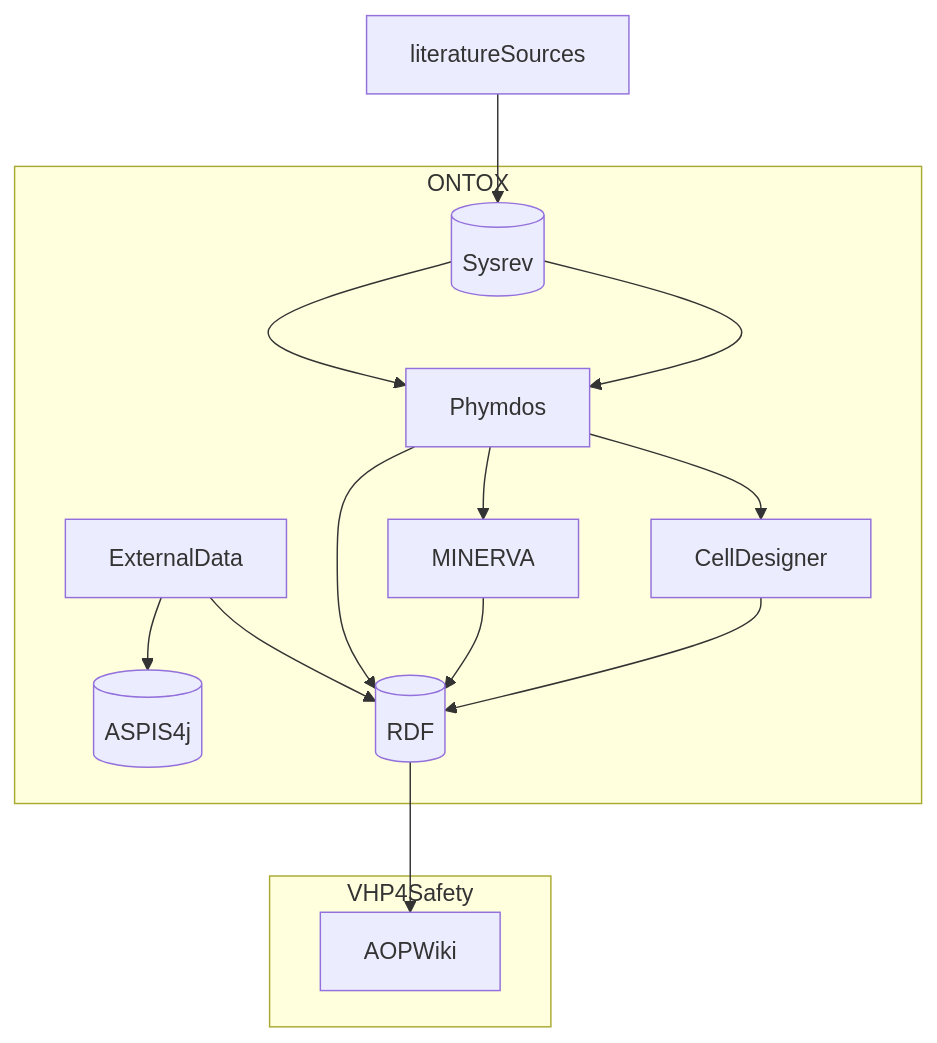
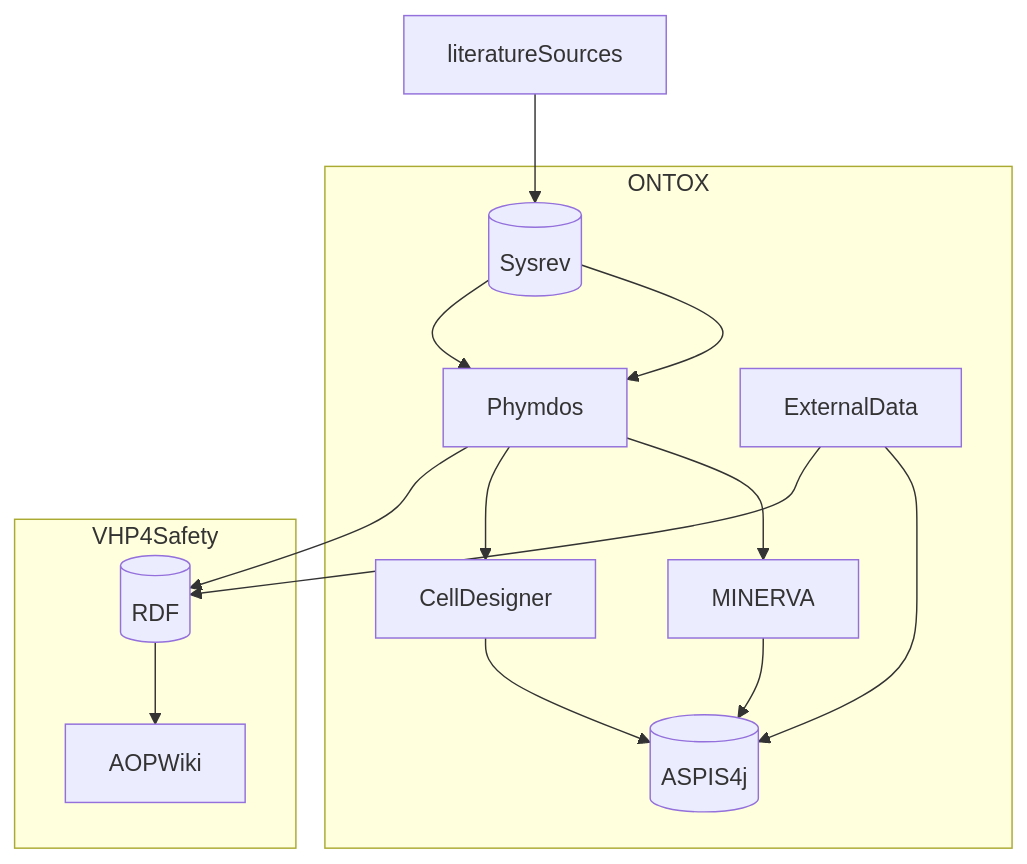
One commit to ontox-hu/workflows changed the diagram in ONTOX-vs-VHP4Safety.md. Above: the diagram before and after it, drawn with Mermaid.

````diff
--- a/ONTOX-vs-VHP4Safety.md
+++ b/ONTOX-vs-VHP4Safety.md
@@ -1,22 +1,22 @@
 ```mermaid
 flowchart TB
     literatureSources-->Sysrev[(Sysrev)]
     
     subgraph ONTOX
     Sysrev[(Sysrev)]-->Phymdos
     Phymdos-->MINERVA
     Phymdos-->CellDesigner
     ExternalData-->ASPIS4j[(ASPIS4j)]
-    CellDesigner-->RDF[(RDF)]
-    MINERVA-->RDF[(RDF)]
+    CellDesigner-->ASPIS4j[(ASPIS4j)]
+    MINERVA-->ASPIS4j[(ASPIS4j)]
     
     end
     
     subgraph VHP4Safety
     Sysrev[(Sysrev)]-->Phymdos
     Phymdos-->RDF[(RDF)]
     RDF[(RDF)]-->AOPWiki
     ExternalData-->RDF[(RDF)]
     end
     
 ```
````
